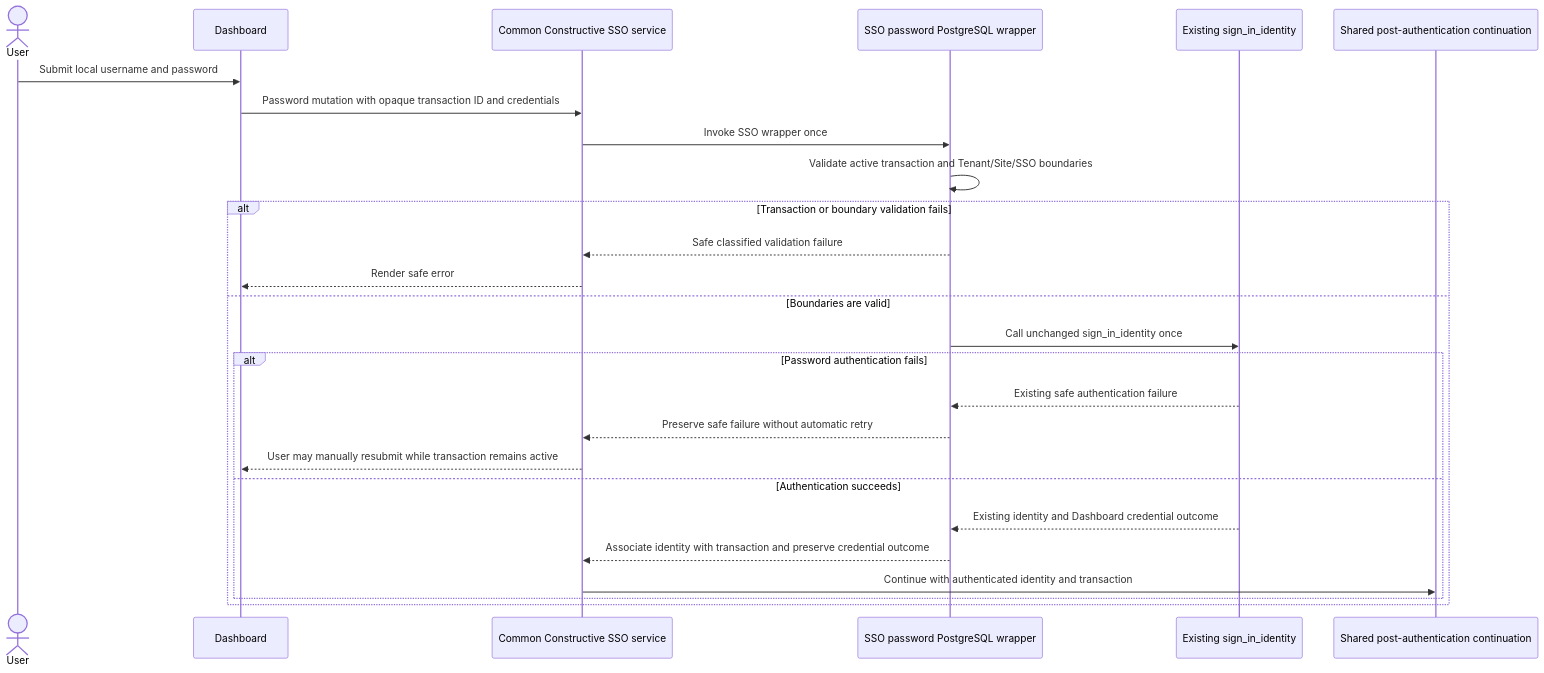
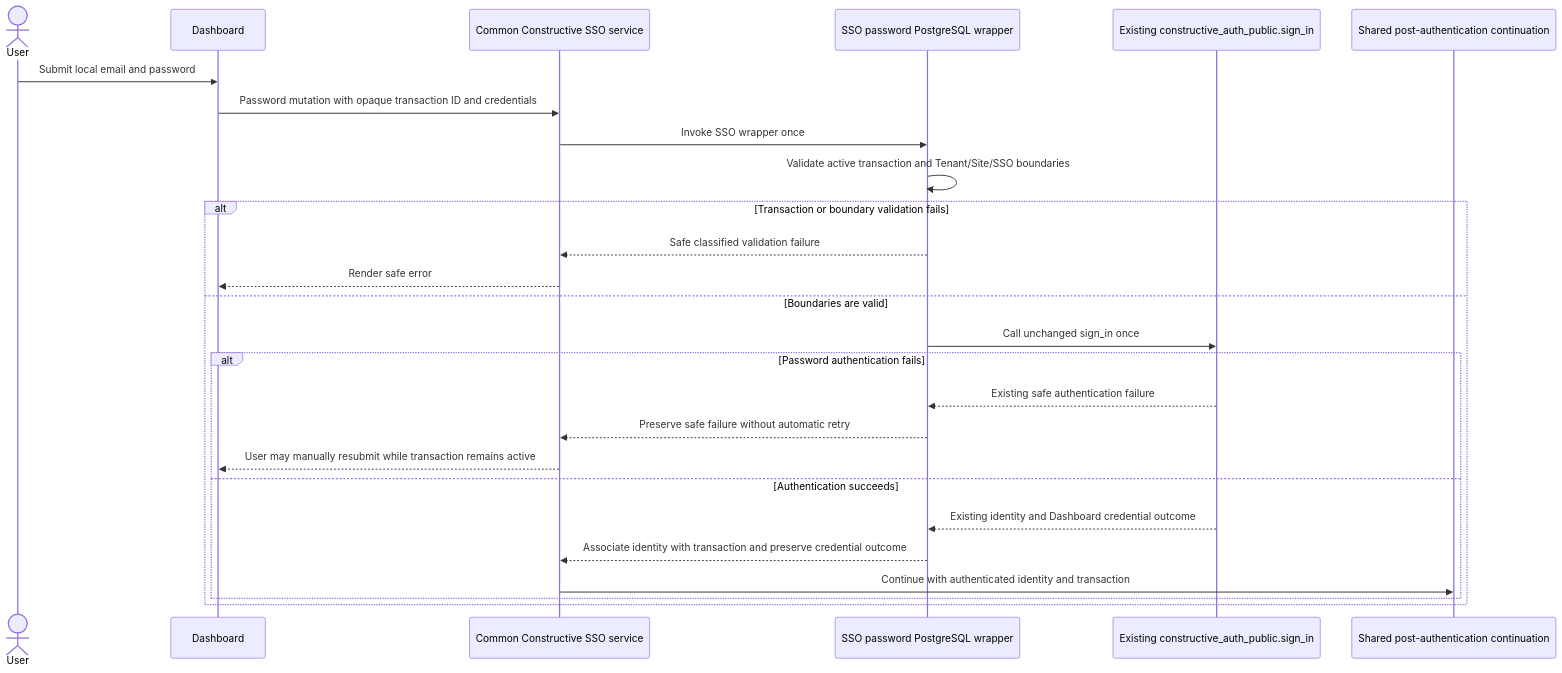
One commit to Zetazzz/Constructive changed the second of 4 diagrams in docs/spec/oauth-sso-platform-integration.md. Above: the diagram before and after it, drawn with Mermaid. The commit also changed other lines of this file and 2 other files, not shown here.

````diff
--- a/docs/spec/oauth-sso-platform-integration.md
+++ b/docs/spec/oauth-sso-platform-integration.md
@@ -104,29 +105,29 @@
 ```mermaid
 sequenceDiagram
     actor U as User
     participant D as Dashboard
     participant C as Common Constructive SSO service
     participant W as SSO password PostgreSQL wrapper
-    participant I as Existing sign_in_identity
+    participant I as Existing constructive_auth_public.sign_in
     participant P as Shared post-authentication continuation
 
-    U->>D: Submit local username and password
+    U->>D: Submit local email and password
     D->>C: Password mutation with opaque transaction ID and credentials
     C->>W: Invoke SSO wrapper once
     W->>W: Validate active transaction and Tenant/Site/SSO boundaries
     alt Transaction or boundary validation fails
         W-->>C: Safe classified validation failure
         C-->>D: Render safe error
     else Boundaries are valid
-        W->>I: Call unchanged sign_in_identity once
+        W->>I: Call unchanged sign_in once
         alt Password authentication fails
             I-->>W: Existing safe authentication failure
             W-->>C: Preserve safe failure without automatic retry
             C-->>D: User may manually resubmit while transaction remains active
         else Authentication succeeds
             I-->>W: Existing identity and Dashboard credential outcome
             W-->>C: Associate identity with transaction and preserve credential outcome
             C->>P: Continue with authenticated identity and transaction
         end
     end
 ```
````
